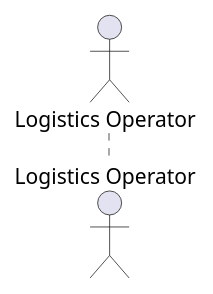
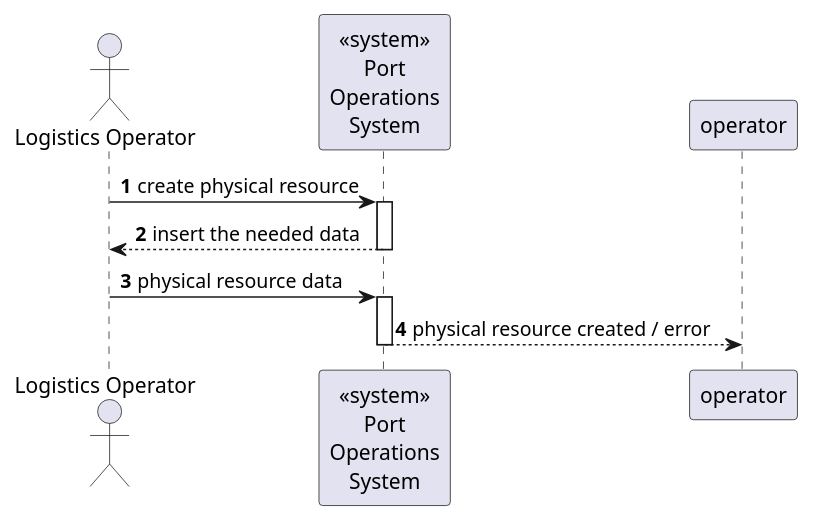
One commit to Departamento-de-Engenharia-Informatica/LEI-SEM5-PI-2025-26-3DK-04 changed the diagram in docs/sprint1/level1/process_view/1230762 - João Monteiro/US 2.2.12/SD_US2.2.12_CREATE.puml. Above: the diagram before and after it, drawn with PlantUML. The commit also changed 20 other files, not shown here.

```diff
--- a/docs/sprint1/level1/process_view/1230762 - João Monteiro/US 2.2.12/SD_US2.2.12_CREATE.puml
+++ b/docs/sprint1/level1/process_view/1230762 - João Monteiro/US 2.2.12/SD_US2.2.12_CREATE.puml
@@ -1,6 +1,16 @@
 @startuml SD_US2.2.12_CREATE
 autonumber
 
 actor "Logistics Operator" as Operator
+participant "<<system>>\nPort\nOperations\nSystem" as System
 
+Operator -> System : create physical resource
+activate System
+System --> Operator : insert the needed data
+deactivate System
+
+Operator -> System : physical resource data
+activate System
+System --> operator : physical resource created / error
+deactivate System
 @enduml
```
